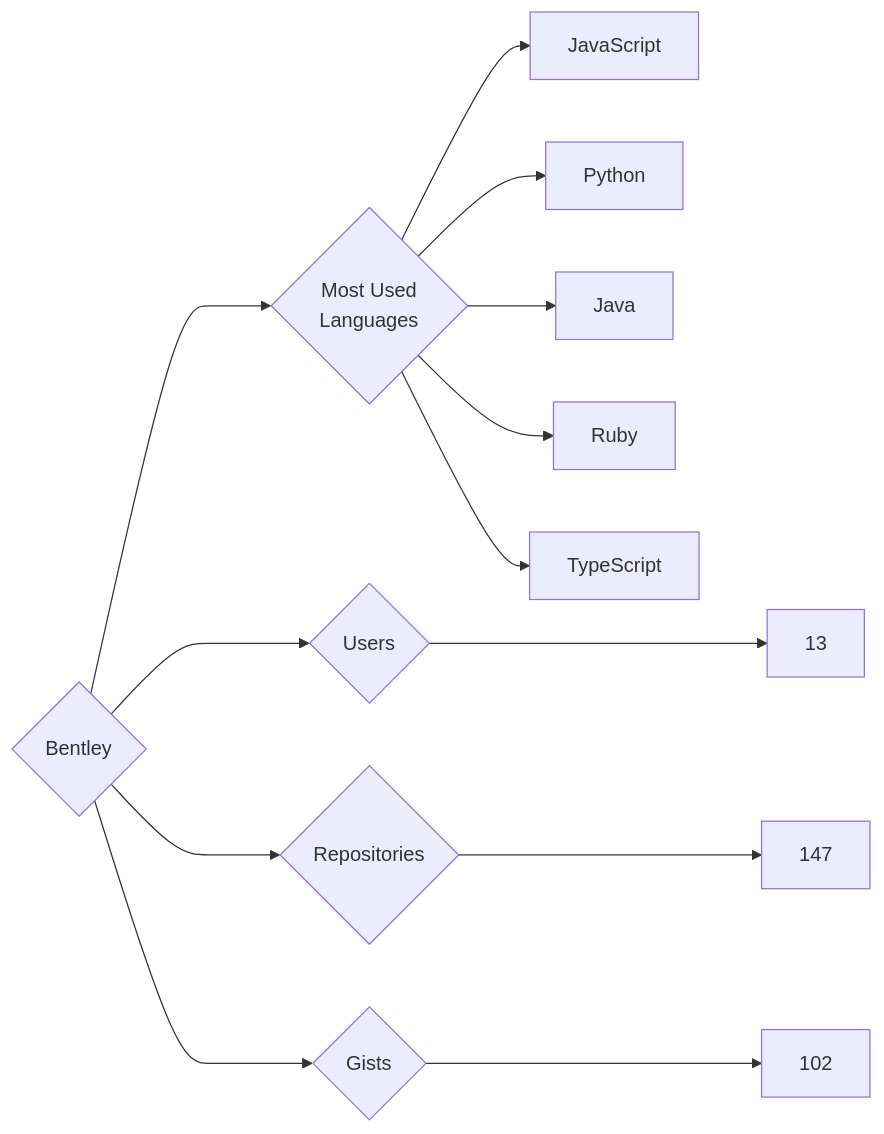
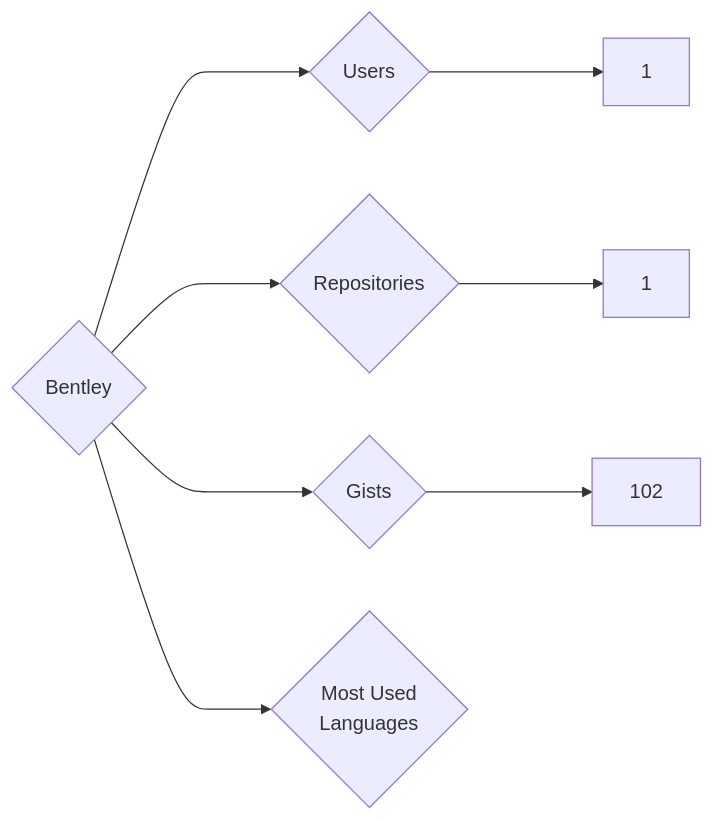
The diagram in targets/Bentley/README.md (trickest/insiders), drawn with Mermaid before and after one commit. The commit also changed 629 other files, not shown here.

````diff
--- a/targets/Bentley/README.md
+++ b/targets/Bentley/README.md
@@ -3,13 +3,8 @@
 ```mermaid
 graph LR
 COMPANY_NAME{Bentley}
-COMPANY_NAME ---> U{Users} ---> UN[13]
-COMPANY_NAME ---> R{Repositories} ---> RN[147]
+COMPANY_NAME ---> U{Users} ---> UN[1]
+COMPANY_NAME ---> R{Repositories} ---> RN[1]
 COMPANY_NAME ---> G{Gists} ---> GN[102]
 COMPANY_NAME ---> ML{Most Used<br>Languages}
-ML --> JavaScript[JavaScript]
-ML --> Python[Python]
-ML --> Java[Java]
-ML --> Ruby[Ruby]
-ML --> TypeScript[TypeScript]
 ```
````
